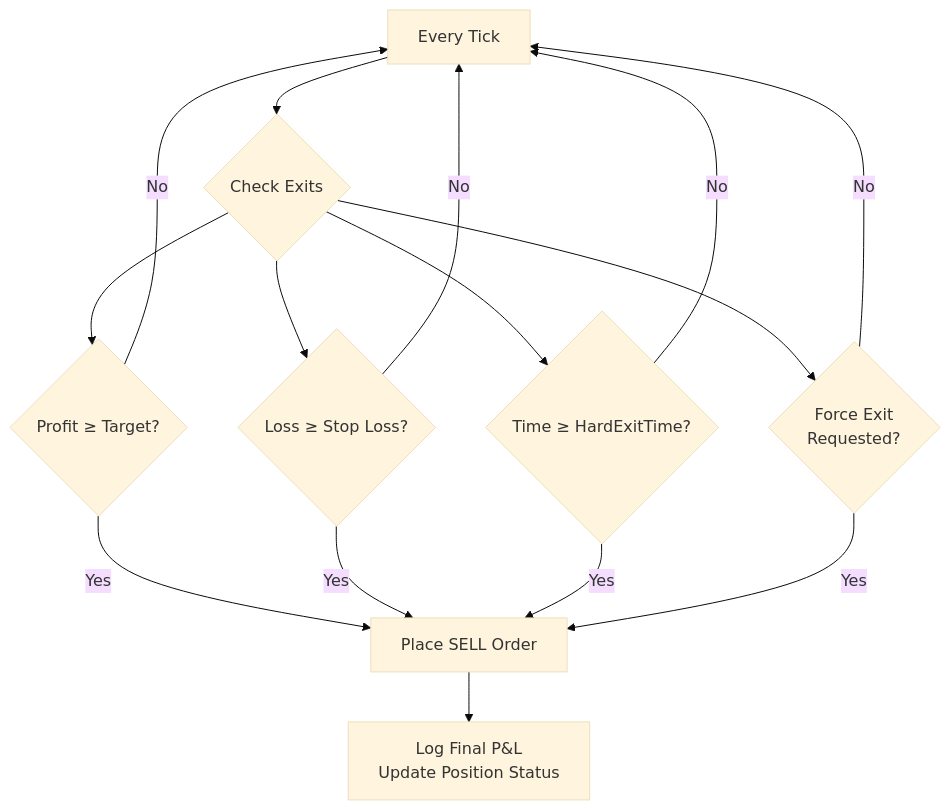
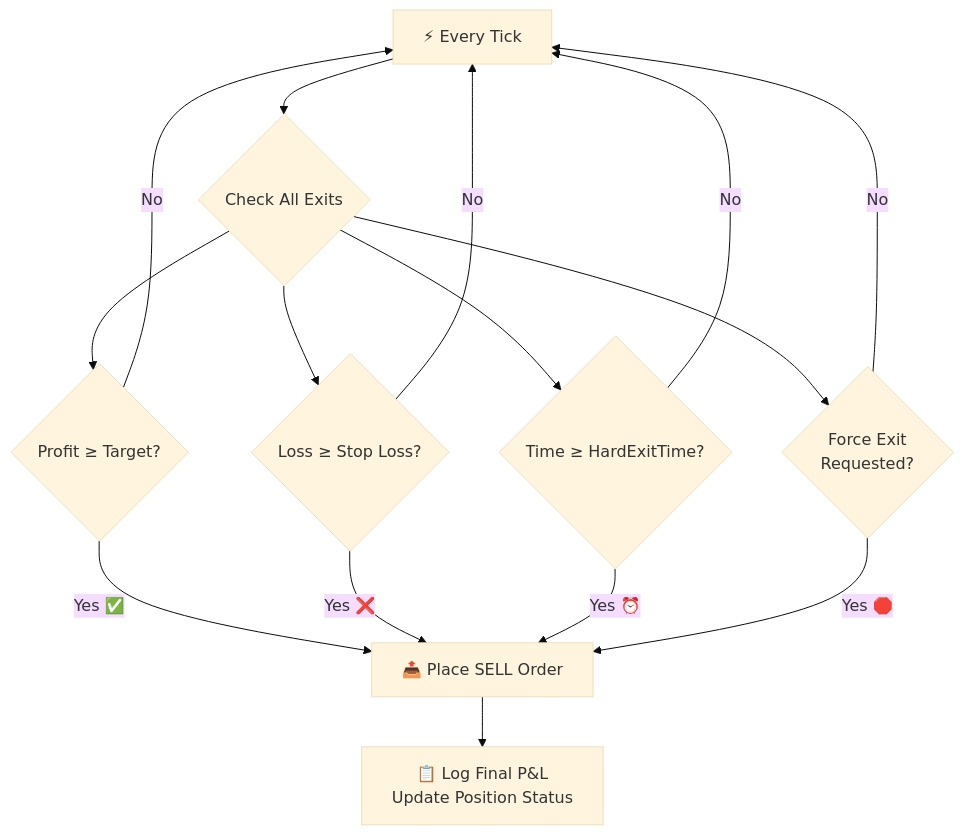
One commit to vamshikrishna4992/New-Auto_Algo changed the third of 4 diagrams in README.md. Above: the diagram before and after it, drawn with Mermaid (base theme). The commit also changed other lines of this file, not shown here.

````diff
--- a/README.md
+++ b/README.md
@@ -77,14 +94,14 @@
 ```mermaid
 flowchart TD
-    T[Every Tick] --> A{Check Exits}
+    T[⚡ Every Tick] --> A{Check All Exits}
     A --> B{Profit ≥ Target?}
     A --> C{Loss ≥ Stop Loss?}
     A --> D{Time ≥ HardExitTime?}
     A --> E{Force Exit\nRequested?}
-    B -->|Yes| X[Place SELL Order]
-    C -->|Yes| X
-    D -->|Yes| X
-    E -->|Yes| X
+    B -->|Yes ✅| X[📤 Place SELL Order]
+    C -->|Yes ❌| X
+    D -->|Yes ⏰| X
+    E -->|Yes 🛑| X
     B & C & D & E -->|No| T
-    X --> Y[Log Final P&L\nUpdate Position Status]
+    X --> Y[📋 Log Final P&L\nUpdate Position Status]
 ```
````
